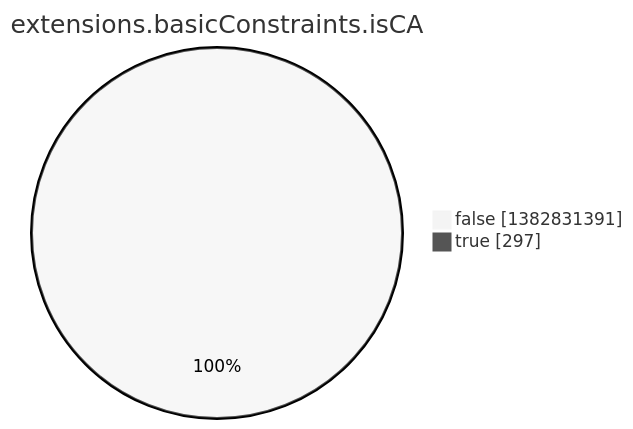
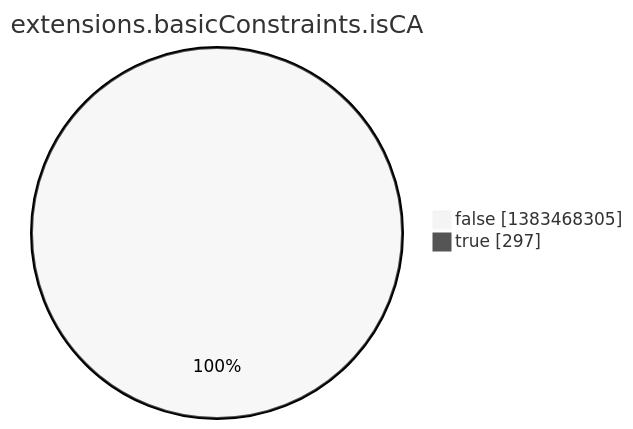
Before and after one commit to christiankrug/ctmonitor_visualization: the eighth of 15 diagrams in argon2022/README.md, drawn with Mermaid (neutral theme). The commit also changed other lines of this file, not shown here.

````diff
--- a/argon2022/README.md
+++ b/argon2022/README.md
@@ -2759,6 +2759,6 @@
 ```mermaid
 pie showData
 title extensions.basicConstraints.isCA
-"false" :1382831391
+"false" :1383468305
 "true" :297
 ```
````
